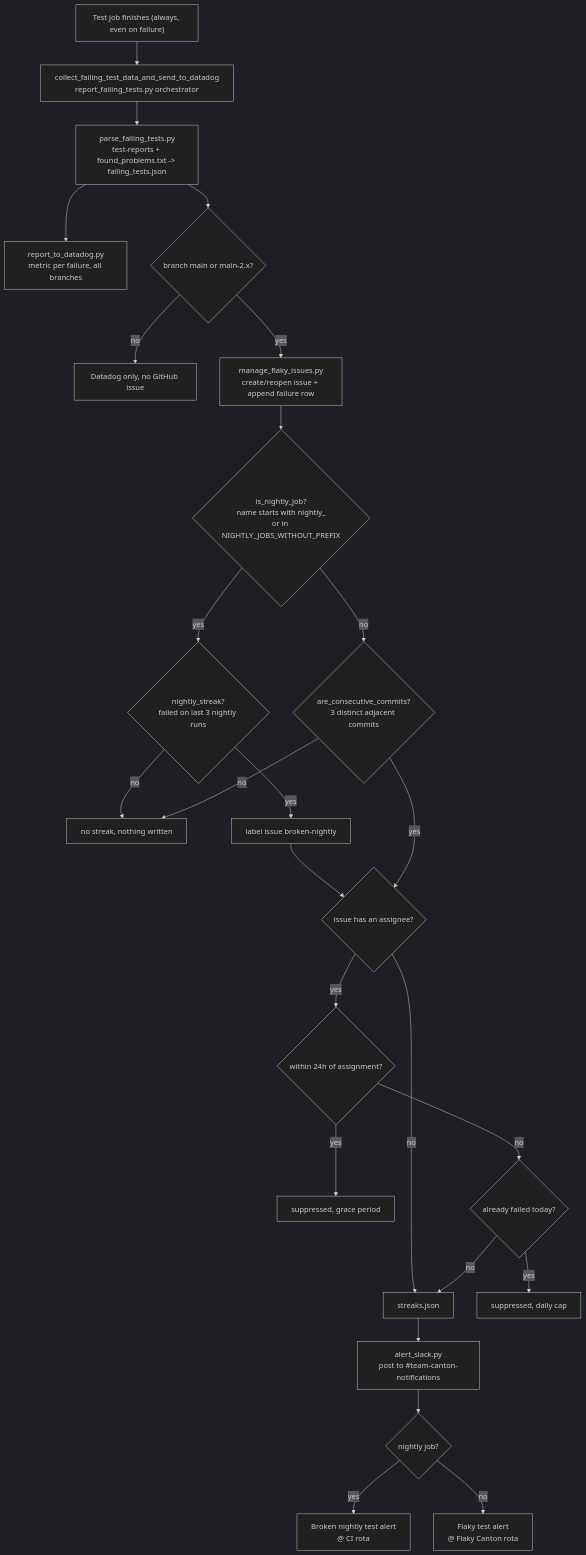
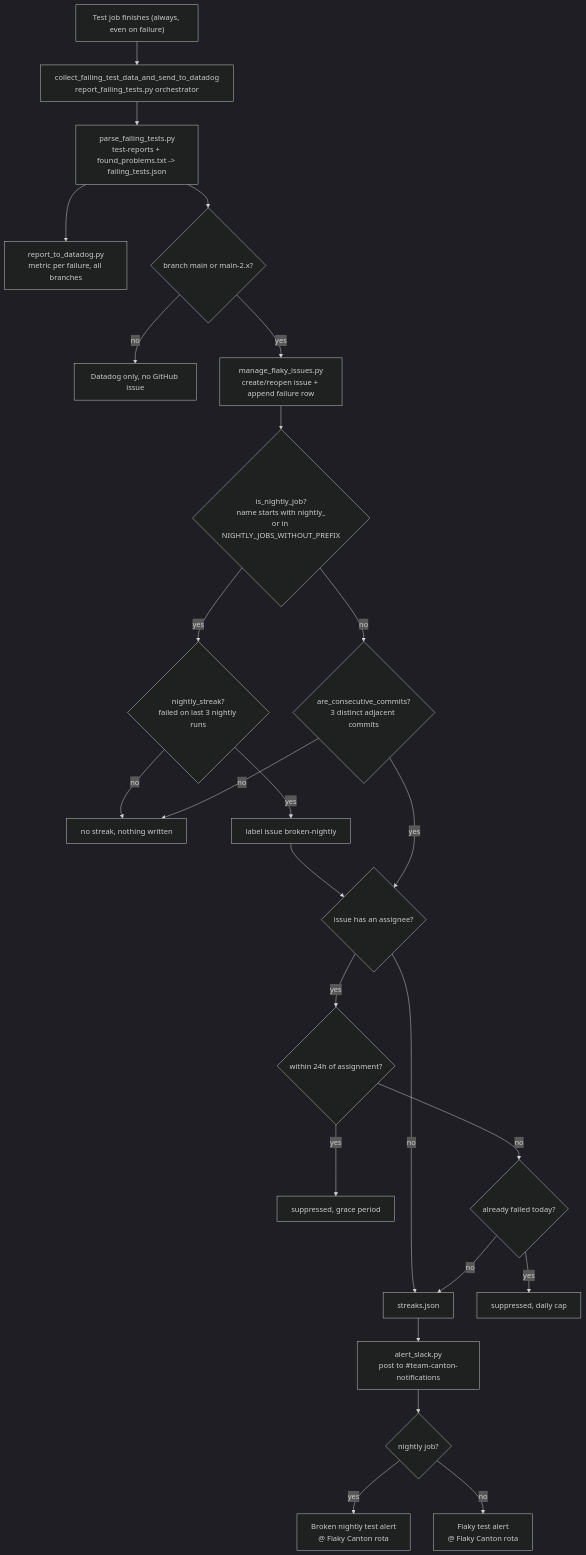
One commit to digital-asset/canton changed the diagram in scripts/ci/README.md. Above: the diagram before and after it, drawn with Mermaid (dark theme). The commit also changed other lines of this file and 439 other files, not shown here.

````diff
--- a/scripts/ci/README.md
+++ b/scripts/ci/README.md
@@ -40,30 +41,30 @@
 ```mermaid
 flowchart TD
     A["Test job finishes (always, even on failure)"] --> B["collect_failing_test_data_and_send_to_datadog<br/>report_failing_tests.py orchestrator"]
     B --> C["parse_failing_tests.py<br/>test-reports + found_problems.txt -> failing_tests.json"]
     C --> D["report_to_datadog.py<br/>metric per failure, all branches"]
     C --> E{"branch main or main-2.x?"}
     E -->|no| E1["Datadog only, no GitHub issue"]
     E -->|yes| F["manage_flaky_issues.py<br/>create/reopen issue + append failure row"]
 
     F --> G{"is_nightly_job?<br/>name starts with nightly_<br/>or in NIGHTLY_JOBS_WITHOUT_PREFIX"}
     G -->|yes| H{"nightly_streak?<br/>failed on last 3 nightly runs"}
     G -->|no| I{"are_consecutive_commits?<br/>3 distinct adjacent commits"}
     H -->|no| N["no streak, nothing written"]
     I -->|no| N
     H -->|yes| H1["label issue broken-nightly"]
 
     H1 --> J{"issue has an assignee?"}
     I -->|yes| J
     J -->|no| K["streaks.json"]
     J -->|yes| J2{"within 24h of assignment?"}
     J2 -->|yes| J1["suppressed, grace period"]
     J2 -->|no| J3{"already failed today?"}
     J3 -->|yes| J4["suppressed, daily cap"]
     J3 -->|no| K
 
     K --> L["alert_slack.py<br/>post to #team-canton-notifications"]
     L --> M{"nightly job?"}
-    M -->|yes| M1["Broken nightly test alert<br/>@ CI rota"]
+    M -->|yes| M1["Broken nightly test alert<br/>@ Flaky Canton rota"]
     M -->|no| M2["Flaky test alert<br/>@ Flaky Canton rota"]
 ```
````
